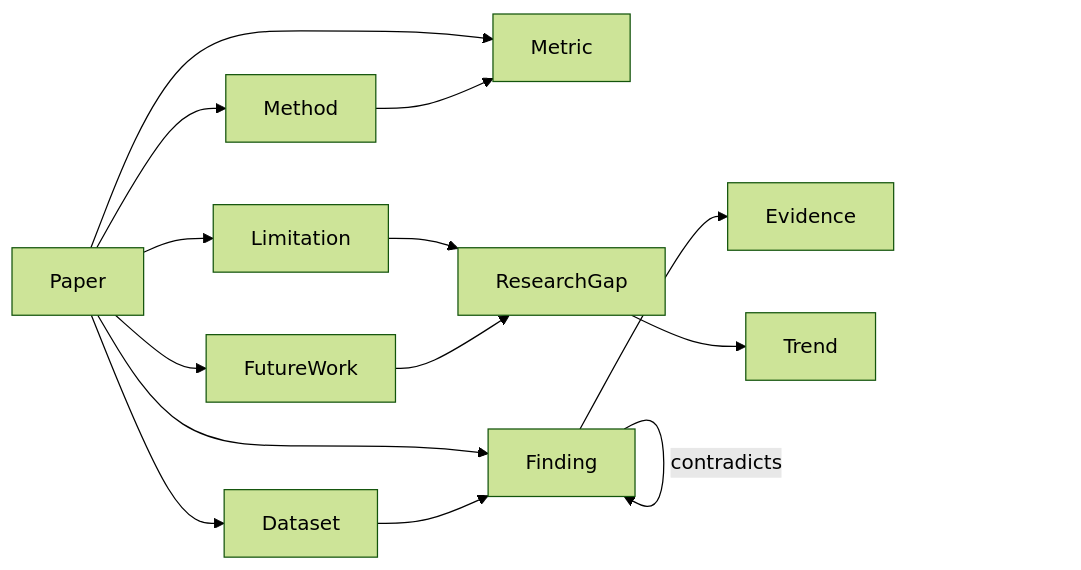
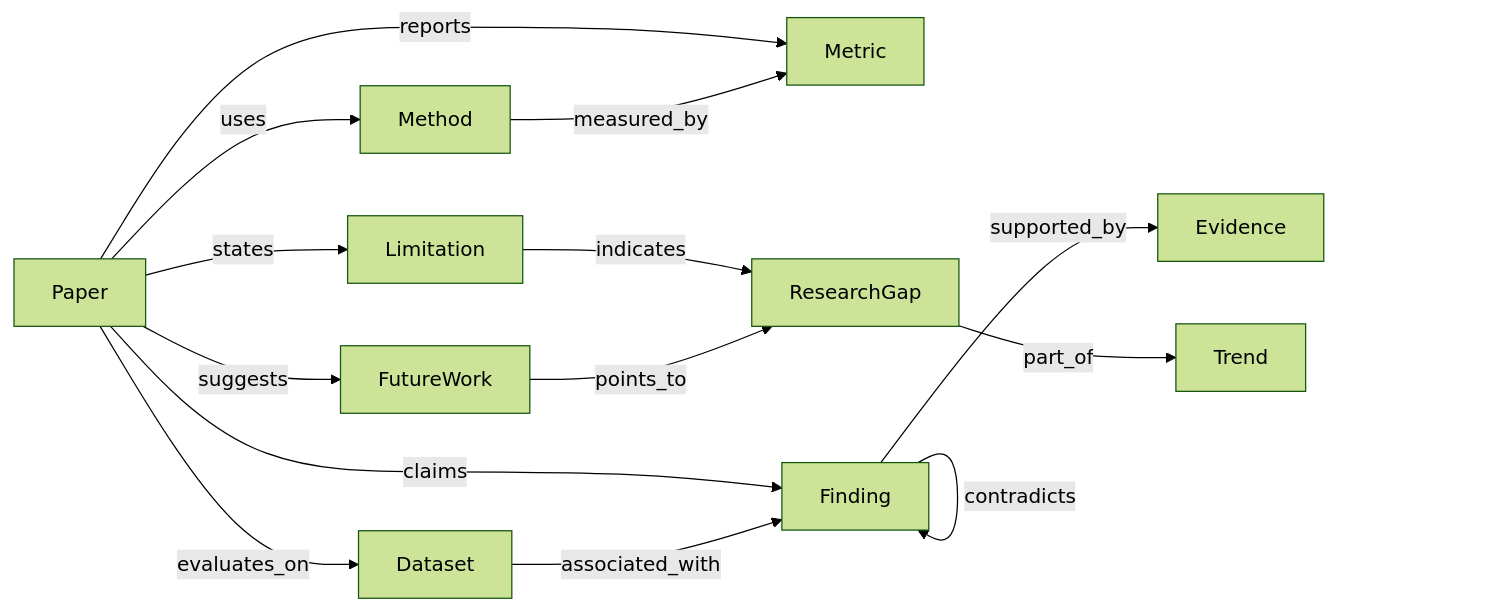
The fourth of 5 diagrams in docs/FARQ_EXECUTION_PROPOSAL.md (farahalmujaljel/Burhan), drawn with Mermaid (forest theme) before and after one commit. The commit also changed other lines of this file, not shown here.

````diff
--- a/docs/FARQ_EXECUTION_PROPOSAL.md
+++ b/docs/FARQ_EXECUTION_PROPOSAL.md
@@ -439,17 +359,17 @@
 ```mermaid
 graph LR
-    Paper --> Method
-    Paper --> Dataset
-    Paper --> Metric
-    Paper --> Finding
-    Paper --> Limitation
-    Paper --> FutureWork
-    Finding --> Evidence
-    Method --> Metric
-    Dataset --> Finding
-    Limitation --> ResearchGap
-    FutureWork --> ResearchGap
+    Paper -->|uses| Method
+    Paper -->|evaluates_on| Dataset
+    Paper -->|reports| Metric
+    Paper -->|claims| Finding
+    Paper -->|states| Limitation
+    Paper -->|suggests| FutureWork
+    Finding -->|supported_by| Evidence
+    Method -->|measured_by| Metric
+    Dataset -->|associated_with| Finding
+    Limitation -->|indicates| ResearchGap
+    FutureWork -->|points_to| ResearchGap
     Finding -->|supports| Finding
     Finding -->|contradicts| Finding
-    ResearchGap --> Trend
+    ResearchGap -->|part_of| Trend
 ```
````
